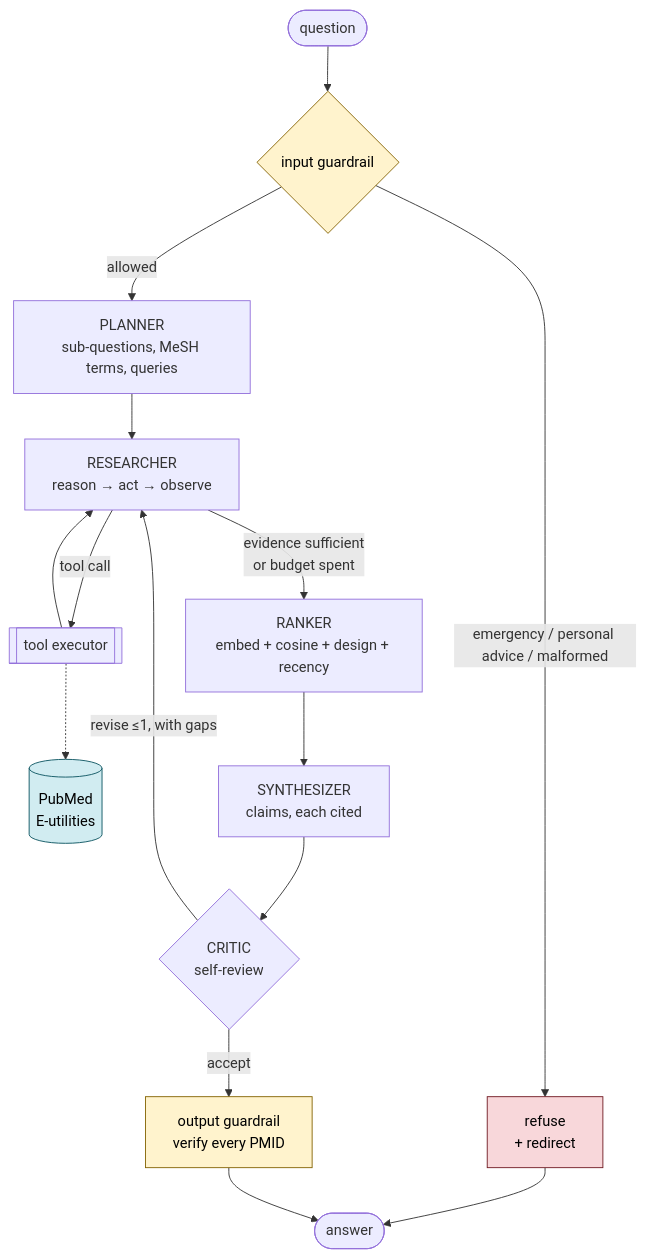
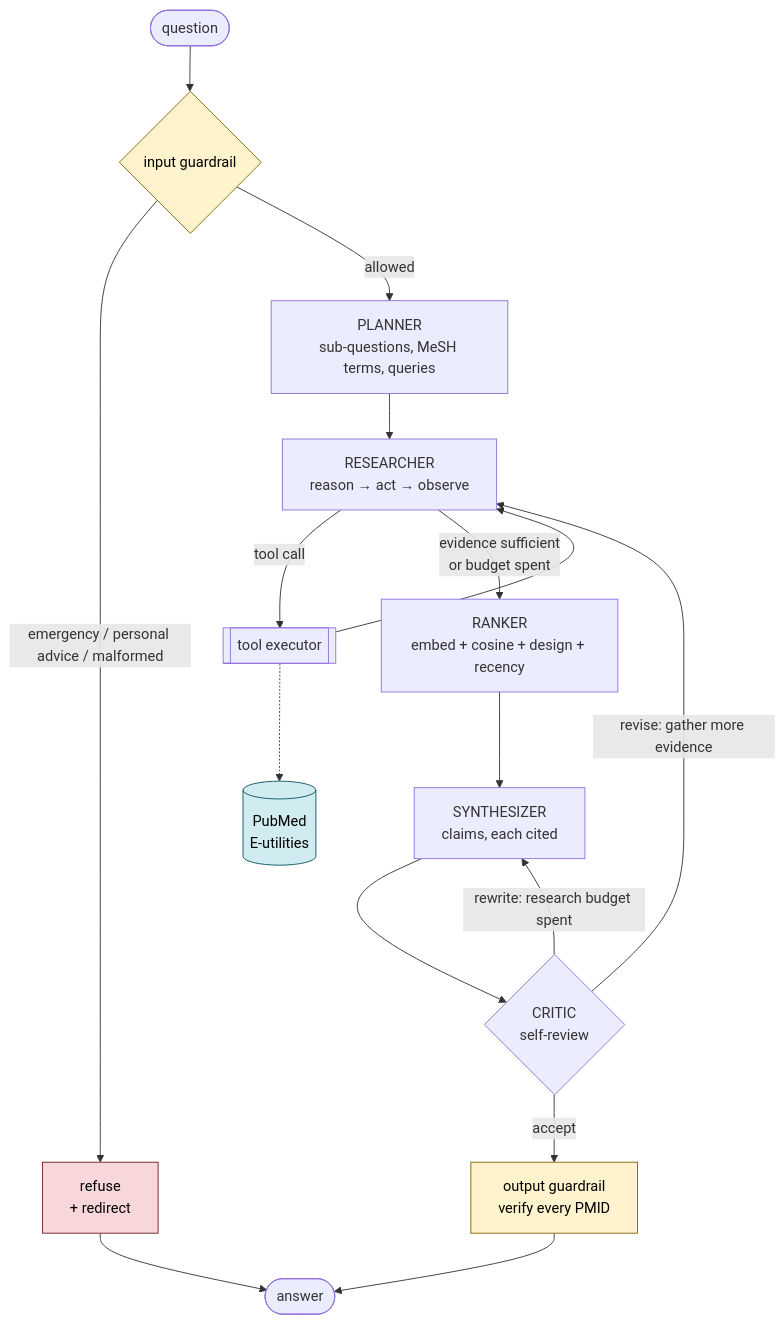
The diagram in README.md (jashnpreetsingh/agent), drawn with Mermaid before and after one commit. The commit also changed other lines of this file, not shown here.

First line of the commit message:
Correct README drift against the implemented graph

````diff
--- a/README.md
+++ b/README.md
@@ -62,26 +62,27 @@
 ```mermaid
 flowchart TD
     START([question]) --> GUARD{input guardrail}
     GUARD -->|emergency / personal advice / malformed| REFUSE[refuse<br/>+ redirect]
     REFUSE --> ENDN([answer])
 
     GUARD -->|allowed| PLAN[PLANNER<br/>sub-questions, MeSH terms, queries]
     PLAN --> RES[RESEARCHER<br/>reason → act → observe]
 
     RES -->|tool call| TOOLS[[tool executor]]
     TOOLS --> RES
     TOOLS -.-> PM[(PubMed<br/>E-utilities)]
 
     RES -->|evidence sufficient<br/>or budget spent| RANK[RANKER<br/>embed + cosine + design + recency]
     RANK --> SYN[SYNTHESIZER<br/>claims, each cited]
     SYN --> CRIT{CRITIC<br/>self-review}
 
-    CRIT -->|revise ≤1, with gaps| RES
+    CRIT -->|revise: gather more evidence| RES
+    CRIT -->|rewrite: research budget spent| SYN
     CRIT -->|accept| OUT[output guardrail<br/>verify every PMID]
     OUT --> ENDN
 
     style GUARD fill:#fff3cd,stroke:#856404,color:#000
     style OUT fill:#fff3cd,stroke:#856404,color:#000
     style REFUSE fill:#f8d7da,stroke:#721c24,color:#000
     style PM fill:#d1ecf1,stroke:#0c5460,color:#000
 ```
````
